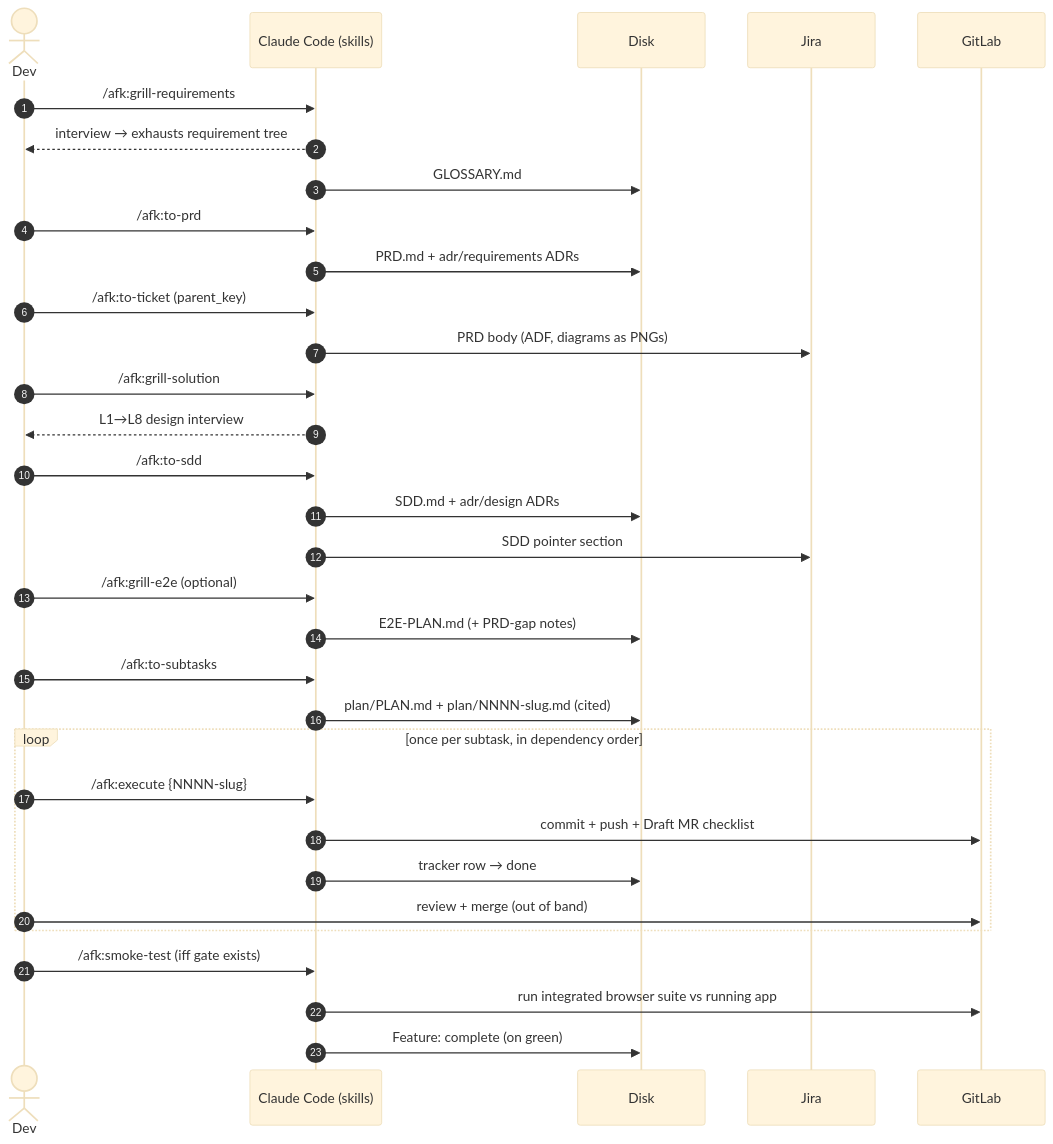
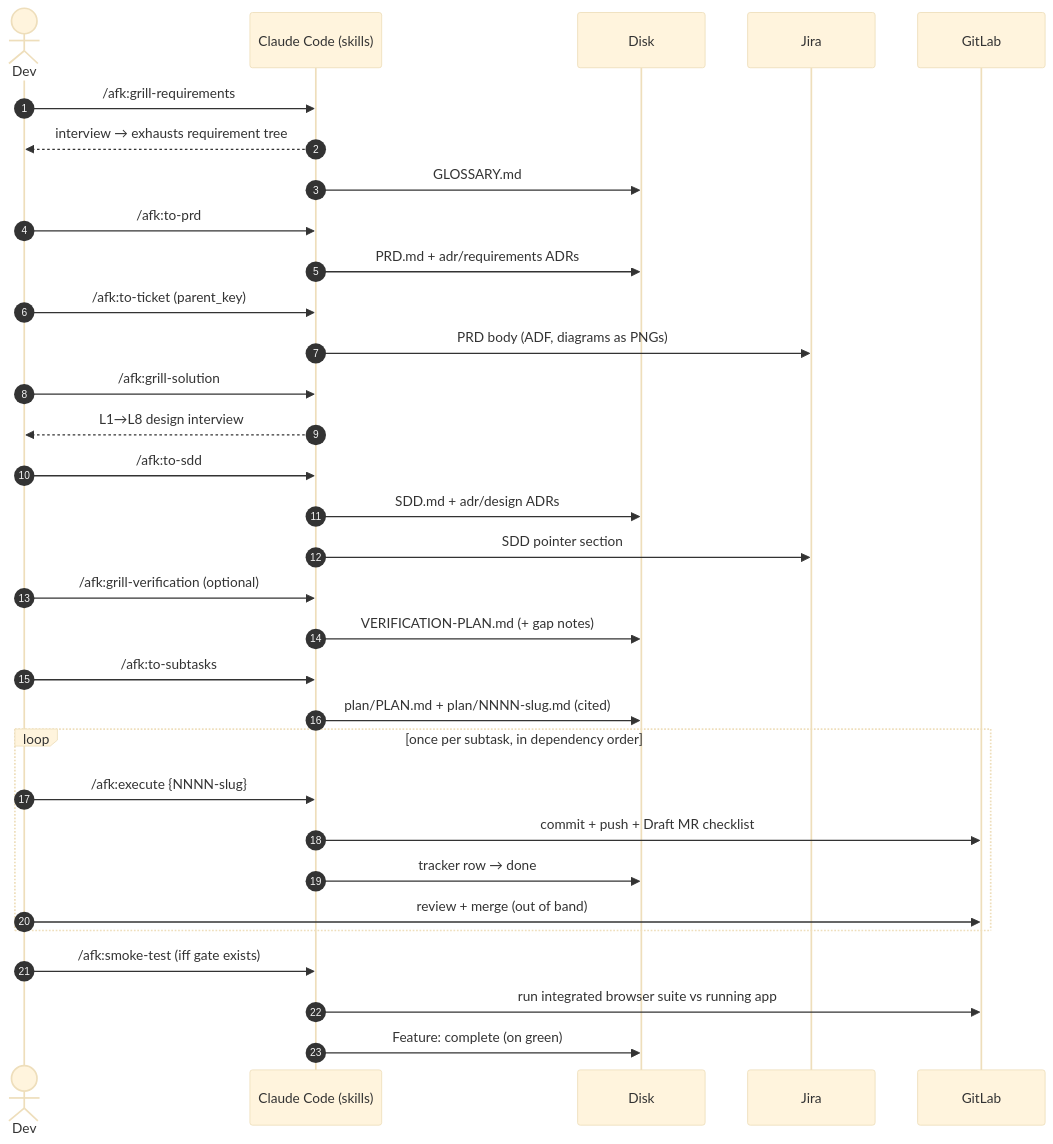
One commit to midnightblur/afk-driver changed the third of 6 diagrams in README.md. Above: the diagram before and after it, drawn with Mermaid (base theme). The commit also changed other lines of this file and 12 other files, not shown here.

````diff
--- a/README.md
+++ b/README.md
@@ -200,35 +200,35 @@
 ```mermaid
 sequenceDiagram
     autonumber
     actor Dev
     participant CC as Claude Code (skills)
     participant Disk as Disk
     participant Jira as Jira
     participant GL as GitLab
 
     Dev->>CC: /afk:grill-requirements
     CC-->>Dev: interview → exhausts requirement tree
     CC->>Disk: GLOSSARY.md
     Dev->>CC: /afk:to-prd
     CC->>Disk: PRD.md + adr/requirements ADRs
     Dev->>CC: /afk:to-ticket (parent_key)
     CC->>Jira: PRD body (ADF, diagrams as PNGs)
     Dev->>CC: /afk:grill-solution
     CC-->>Dev: L1→L8 design interview
     Dev->>CC: /afk:to-sdd
     CC->>Disk: SDD.md + adr/design ADRs
     CC->>Jira: SDD pointer section
-    Dev->>CC: /afk:grill-e2e (optional)
-    CC->>Disk: E2E-PLAN.md (+ PRD-gap notes)
+    Dev->>CC: /afk:grill-verification (optional)
+    CC->>Disk: VERIFICATION-PLAN.md (+ gap notes)
     Dev->>CC: /afk:to-subtasks
     CC->>Disk: plan/PLAN.md + plan/NNNN-slug.md (cited)
     loop once per subtask, in dependency order
         Dev->>CC: /afk:execute {NNNN-slug}
         CC->>GL: commit + push + Draft MR checklist
         CC->>Disk: tracker row → done
         Dev->>GL: review + merge (out of band)
     end
     Dev->>CC: /afk:smoke-test (iff gate exists)
     CC->>GL: run integrated browser suite vs running app
     CC->>Disk: Feature: complete (on green)
 ```
````
